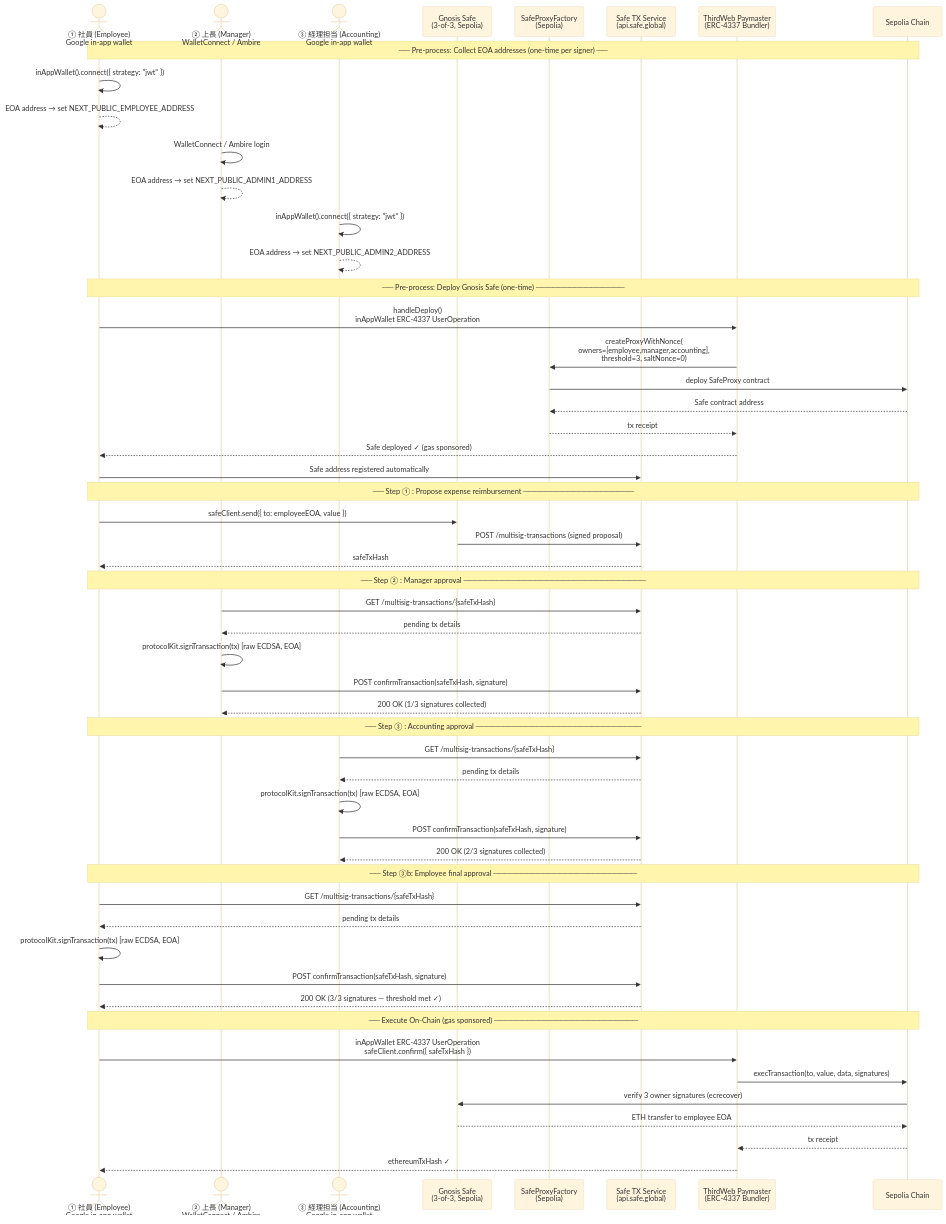
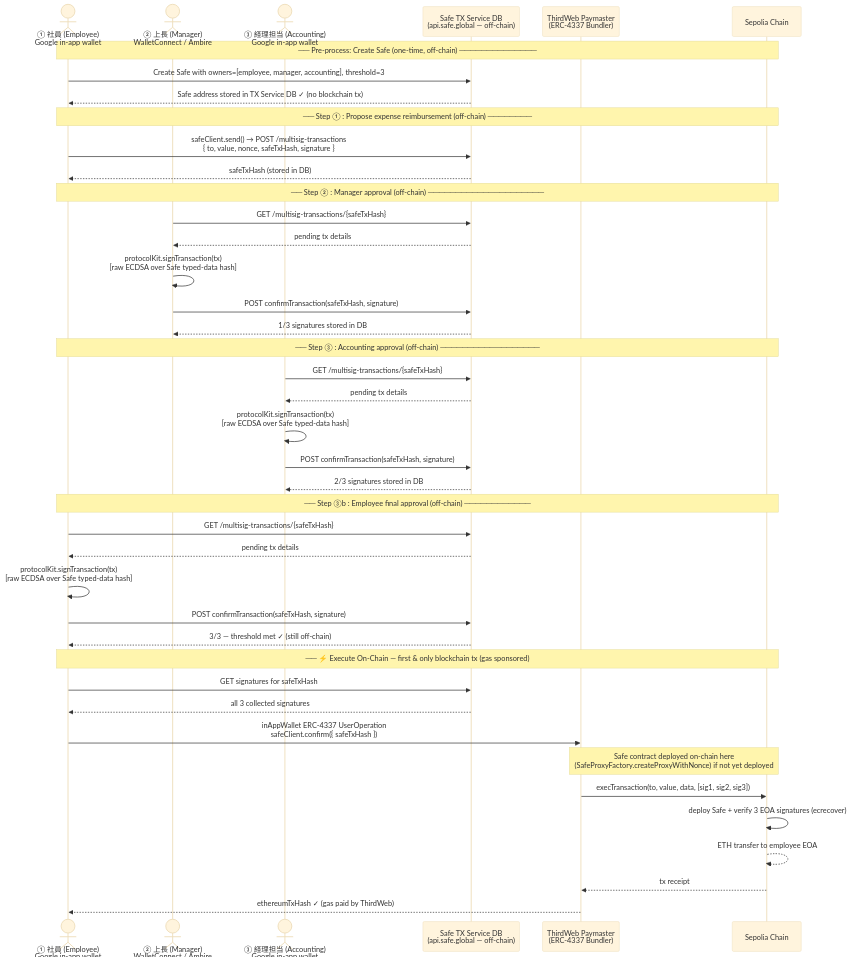
The diagram in README.md (geonsangyoo/DIDaaS-SmartWallet-PoC), drawn with Mermaid (base theme) before and after one commit.

Commit message:
fix: README.md fix

````diff
--- a/README.md
+++ b/README.md
@@ -116,62 +116,49 @@
 ```mermaid
 sequenceDiagram
     actor Employee as ① 社員 (Employee)<br/>Google in-app wallet
     actor Manager as ② 上長 (Manager)<br/>WalletConnect / Ambire
     actor Accounting as ③ 経理担当 (Accounting)<br/>Google in-app wallet
-    participant Safe as Gnosis Safe<br/>(3-of-3, Sepolia)
-    participant Factory as SafeProxyFactory<br/>(Sepolia)
-    participant TxService as Safe TX Service<br/>(api.safe.global)
+    participant TxService as Safe TX Service DB<br/>(api.safe.global — off-chain)
     participant Paymaster as ThirdWeb Paymaster<br/>(ERC-4337 Bundler)
     participant Chain as Sepolia Chain
 
-    Note over Employee,Chain: ── Pre-process: Collect EOA addresses (one-time per signer) ──
-    Employee->>Employee: inAppWallet().connect({ strategy: "jwt" })
-    Employee-->>Employee: EOA address → set NEXT_PUBLIC_EMPLOYEE_ADDRESS
-    Manager->>Manager: WalletConnect / Ambire login
-    Manager-->>Manager: EOA address → set NEXT_PUBLIC_ADMIN1_ADDRESS
-    Accounting->>Accounting: inAppWallet().connect({ strategy: "jwt" })
-    Accounting-->>Accounting: EOA address → set NEXT_PUBLIC_ADMIN2_ADDRESS
+    Note over Employee,Chain: ── Pre-process: Create Safe (one-time, off-chain) ──────────────
+    Employee->>TxService: Create Safe with owners=[employee, manager, accounting], threshold=3
+    TxService-->>Employee: Safe address stored in TX Service DB ✓ (no blockchain tx)
 
-    Note over Employee,Chain: ── Pre-process: Deploy Gnosis Safe (one-time) ────────────────
-    Employee->>Paymaster: handleDeploy()<br/>inAppWallet ERC-4337 UserOperation
-    Paymaster->>Factory: createProxyWithNonce(<br/>  owners=[employee,manager,accounting],<br/>  threshold=3, saltNonce=0)
-    Factory->>Chain: deploy SafeProxy contract
-    Chain-->>Factory: Safe contract address
-    Factory-->>Paymaster: tx receipt
-    Paymaster-->>Employee: Safe deployed ✓ (gas sponsored)
-    Employee->>TxService: Safe address registered automatically
+    Note over Employee,Chain: ── Step ① : Propose expense reimbursement (off-chain) ────────
+    Employee->>TxService: safeClient.send() → POST /multisig-transactions<br/>{ to, value, nonce, safeTxHash, signature }
+    TxService-->>Employee: safeTxHash (stored in DB)
 
-    Note over Employee,Chain: ── Step ① : Propose expense reimbursement ────────────────────
-    Employee->>Safe: safeClient.send({ to: employeeEOA, value })
-    Safe->>TxService: POST /multisig-transactions (signed proposal)
-    TxService-->>Employee: safeTxHash
-
-    Note over Employee,Chain: ── Step ② : Manager approval ─────────────────────────────────
+    Note over Employee,Chain: ── Step ② : Manager approval (off-chain) ─────────────────────
     Manager->>TxService: GET /multisig-transactions/{safeTxHash}
     TxService-->>Manager: pending tx details
-    Manager->>Manager: protocolKit.signTransaction(tx) [raw ECDSA, EOA]
+    Manager->>Manager: protocolKit.signTransaction(tx)<br/>[raw ECDSA over Safe typed-data hash]
     Manager->>TxService: POST confirmTransaction(safeTxHash, signature)
-    TxService-->>Manager: 200 OK (1/3 signatures collected)
+    TxService-->>Manager: 1/3 signatures stored in DB
 
-    Note over Employee,Chain: ── Step ③ : Accounting approval ──────────────────────────────
+    Note over Employee,Chain: ── Step ③ : Accounting approval (off-chain) ──────────────────
     Accounting->>TxService: GET /multisig-transactions/{safeTxHash}
     TxService-->>Accounting: pending tx details
-    Accounting->>Accounting: protocolKit.signTransaction(tx) [raw ECDSA, EOA]
+    Accounting->>Accounting: protocolKit.signTransaction(tx)<br/>[raw ECDSA over Safe typed-data hash]
     Accounting->>TxService: POST confirmTransaction(safeTxHash, signature)
-    TxService-->>Accounting: 200 OK (2/3 signatures collected)
+    TxService-->>Accounting: 2/3 signatures stored in DB
 
-    Note over Employee,Chain: ── Step ③b: Employee final approval ──────────────────────────
+    Note over Employee,Chain: ── Step ③b : Employee final approval (off-chain) ────────────
     Employee->>TxService: GET /multisig-transactions/{safeTxHash}
     TxService-->>Employee: pending tx details
-    Employee->>Employee: protocolKit.signTransaction(tx) [raw ECDSA, EOA]
+    Employee->>Employee: protocolKit.signTransaction(tx)<br/>[raw ECDSA over Safe typed-data hash]
     Employee->>TxService: POST confirmTransaction(safeTxHash, signature)
-    TxService-->>Employee: 200 OK (3/3 signatures — threshold met ✓)
+    TxService-->>Employee: 3/3 — threshold met ✓ (still off-chain)
 
-    Note over Employee,Chain: ── Execute On-Chain (gas sponsored) ──────────────────────────
+    Note over Employee,Chain: ── ⚡ Execute On-Chain — first & only blockchain tx (gas sponsored)
+    Employee->>TxService: GET signatures for safeTxHash
+    TxService-->>Employee: all 3 collected signatures
     Employee->>Paymaster: inAppWallet ERC-4337 UserOperation<br/>safeClient.confirm({ safeTxHash })
-    Paymaster->>Chain: execTransaction(to, value, data, signatures)
-    Chain->>Safe: verify 3 owner signatures (ecrecover)
-    Safe-->>Chain: ETH transfer to employee EOA
+    Note over Paymaster,Chain: Safe contract deployed on-chain here<br/>(SafeProxyFactory.createProxyWithNonce) if not yet deployed
+    Paymaster->>Chain: execTransaction(to, value, data, [sig1, sig2, sig3])
+    Chain->>Chain: deploy Safe + verify 3 EOA signatures (ecrecover)
+    Chain-->>Chain: ETH transfer to employee EOA
     Chain-->>Paymaster: tx receipt
-    Paymaster-->>Employee: ethereumTxHash ✓
+    Paymaster-->>Employee: ethereumTxHash ✓ (gas paid by ThirdWeb)
 ```
````
